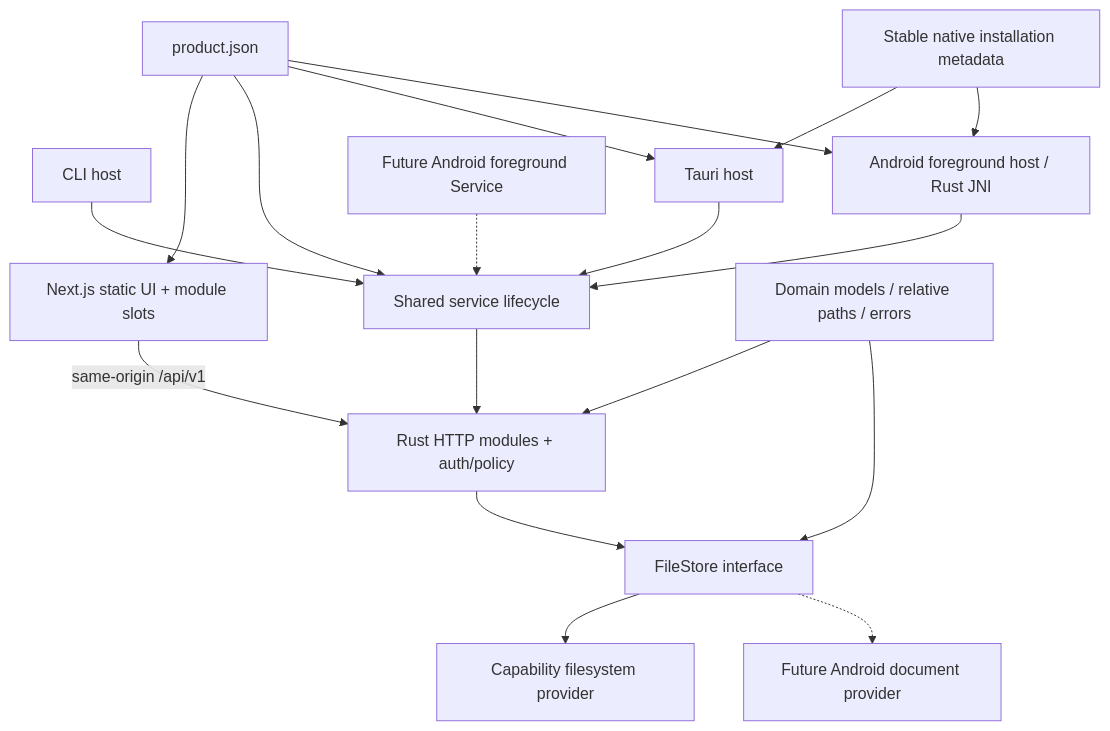
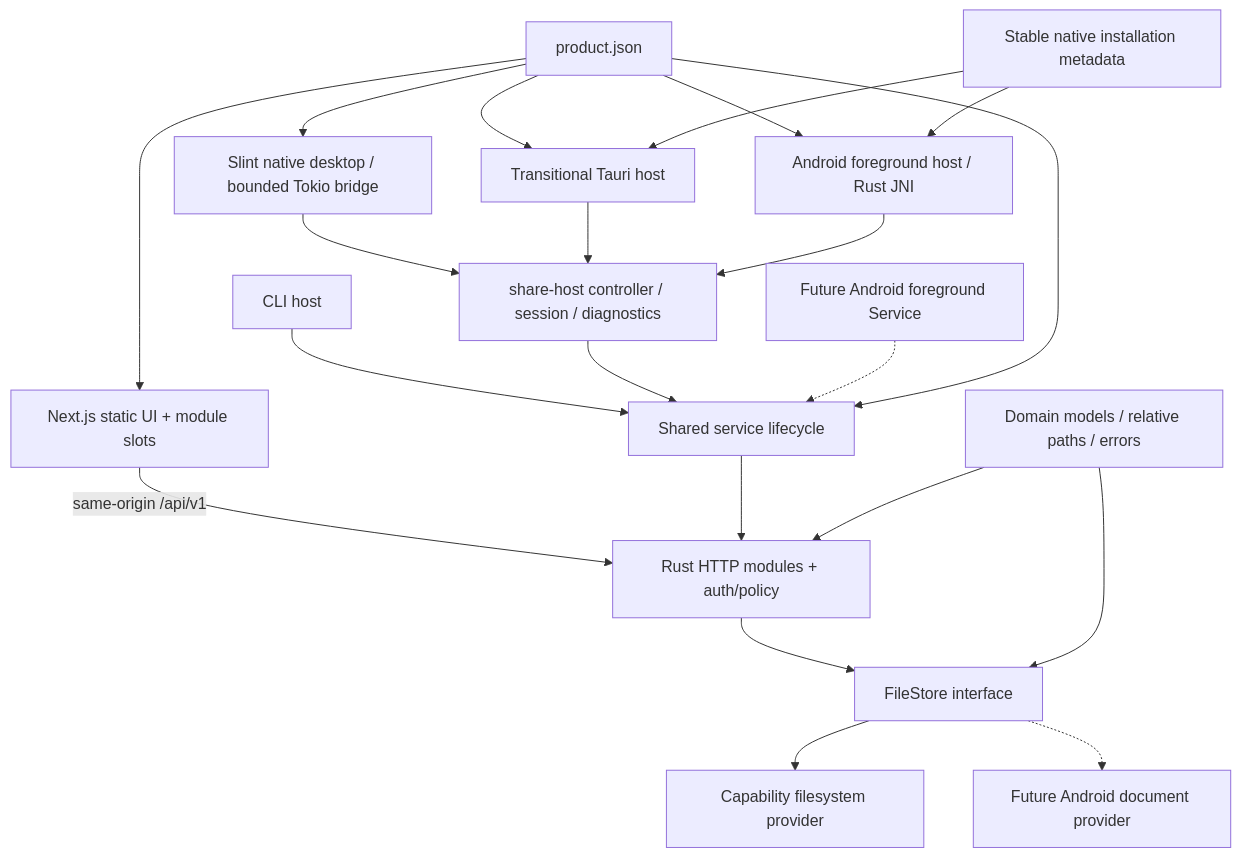
One commit to zocs/inout-next changed the diagram in docs/architecture.md. Above: the diagram before and after it, drawn with Mermaid. The commit also changed other lines of this file and 64 other files, not shown here.

Commit message:
feat(native): add opt-in Slint desktop sharing trial

````diff
--- a/docs/architecture.md
+++ b/docs/architecture.md
@@ -5,20 +5,23 @@
 ```mermaid
 flowchart TB
   web["Next.js static UI + module slots"] -->|same-origin /api/v1| http["Rust HTTP modules + auth/policy"]
   cli["CLI host"] --> lifecycle["Shared service lifecycle"]
-  desktop["Tauri host"] --> lifecycle
-  android["Android foreground host / Rust JNI"] --> lifecycle
+  native["Slint native desktop / bounded Tokio bridge"] --> host["share-host controller / session / diagnostics"]
+  desktop["Transitional Tauri host"] --> host
+  android["Android foreground host / Rust JNI"] --> host
+  host --> lifecycle
   foregroundService["Future Android foreground Service"] -.-> lifecycle
   lifecycle --> http
   http --> storage["FileStore interface"]
   storage --> fs["Capability filesystem provider"]
   storage -.-> saf["Future Android document provider"]
   domain["Domain models / relative paths / errors"] --> http
   domain --> storage
   product["product.json"] --> web
   product --> lifecycle
   product --> desktop
+  product --> native
   product --> android
   identity["Stable native installation metadata"] --> desktop
   identity --> android
 ```
````
